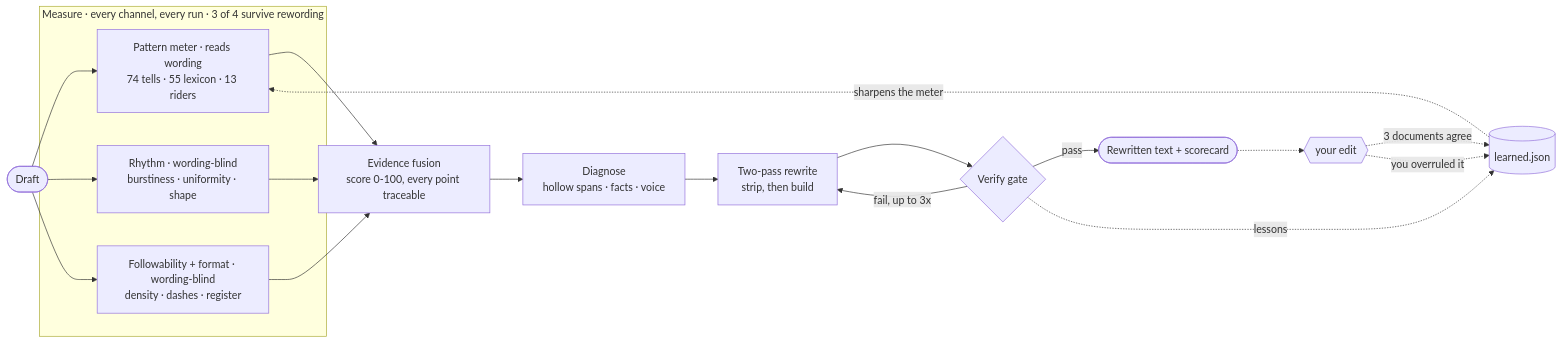
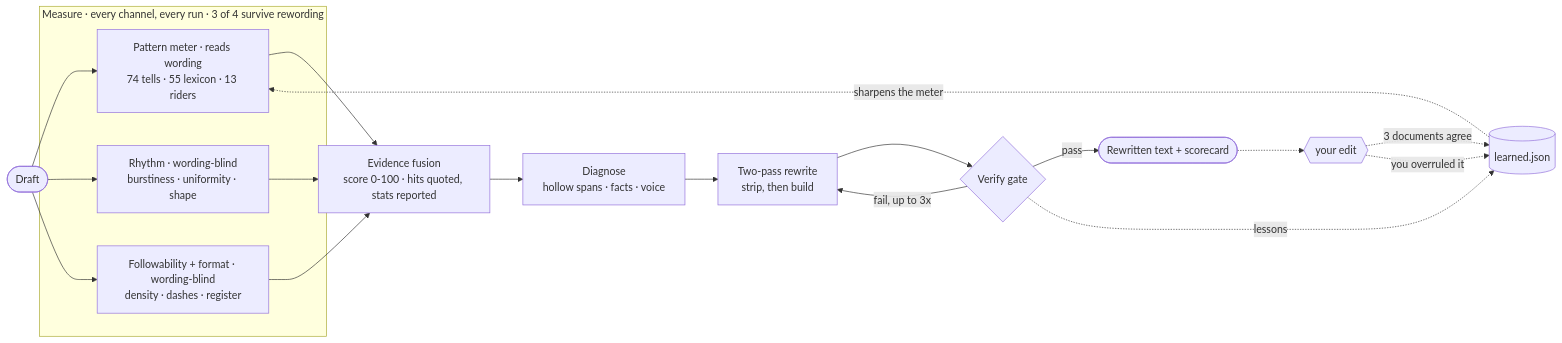
Before and after one commit to manavmishra/ZeroSlop: the diagram in README.md, drawn with Mermaid. The commit also changed other lines of this file and 3 other files, not shown here.

````diff
--- a/README.md
+++ b/README.md
@@ -251,20 +252,20 @@
 ```mermaid
 flowchart LR
     D([Draft]) --> PM & RH & FF
     subgraph Measure["Measure · every channel, every run · 3 of 4 survive rewording"]
       PM["Pattern meter · reads wording<br/>74 tells · 55 lexicon · 13 riders"]
       RH["Rhythm · wording-blind<br/>burstiness · uniformity · shape"]
       FF["Followability + format · wording-blind<br/>density · dashes · register"]
     end
-    PM & RH & FF --> F[Evidence fusion<br/>score 0-100, every point traceable]
+    PM & RH & FF --> F["Evidence fusion<br/>score 0-100 · hits quoted, stats reported"]
     F --> J[Diagnose<br/>hollow spans · facts · voice]
     J --> W[Two-pass rewrite<br/>strip, then build]
     W --> G{Verify gate}
     G -- pass --> O([Rewritten text + scorecard])
     G -- "fail, up to 3x" --> W
     G -. lessons .-> L[(learned.json)]
     L -. sharpens the meter .-> PM
     O -.-> R{{"your edit"}}
     R -. "3 documents agree" .-> L
     R -. "you overruled it" .-> L
 ```
````
